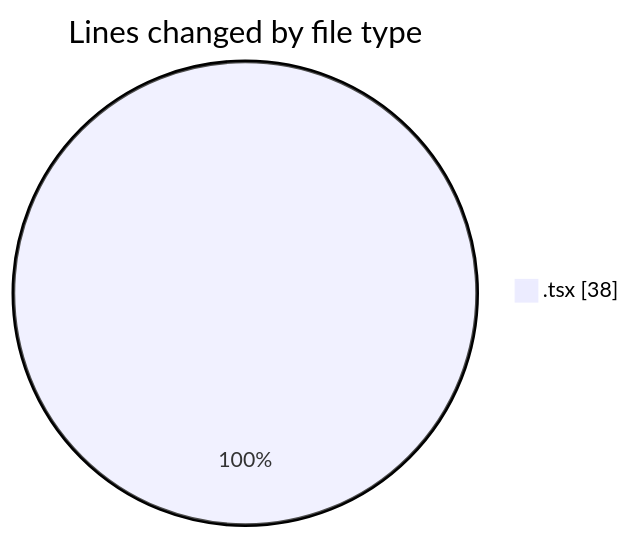
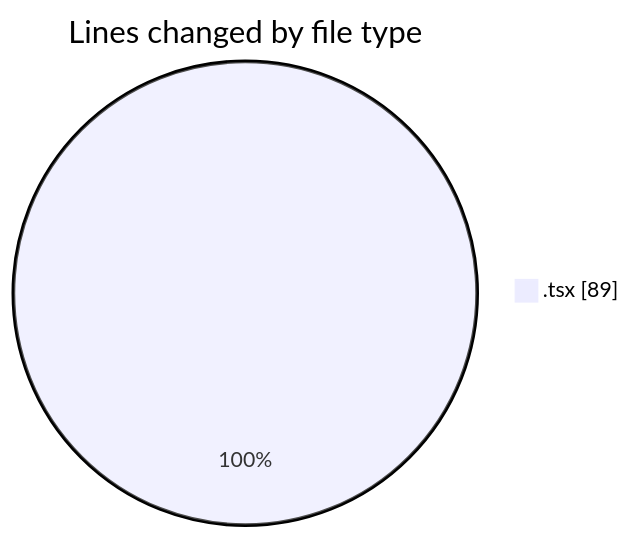
One commit to robertbonfada/code-tracking changed the first of 2 diagrams in 2025-01-21/mbc-web/README.md. Above: the diagram before and after it, drawn with Mermaid. The commit also changed other lines of this file and 1 other file, not shown here.

````diff
--- a/2025-01-21/mbc-web/README.md
+++ b/2025-01-21/mbc-web/README.md
@@ -22,5 +25,5 @@
 ```mermaid
 pie showData
 title Lines changed by file type
-".tsx" : 38
+".tsx" : 89
 ```
````
